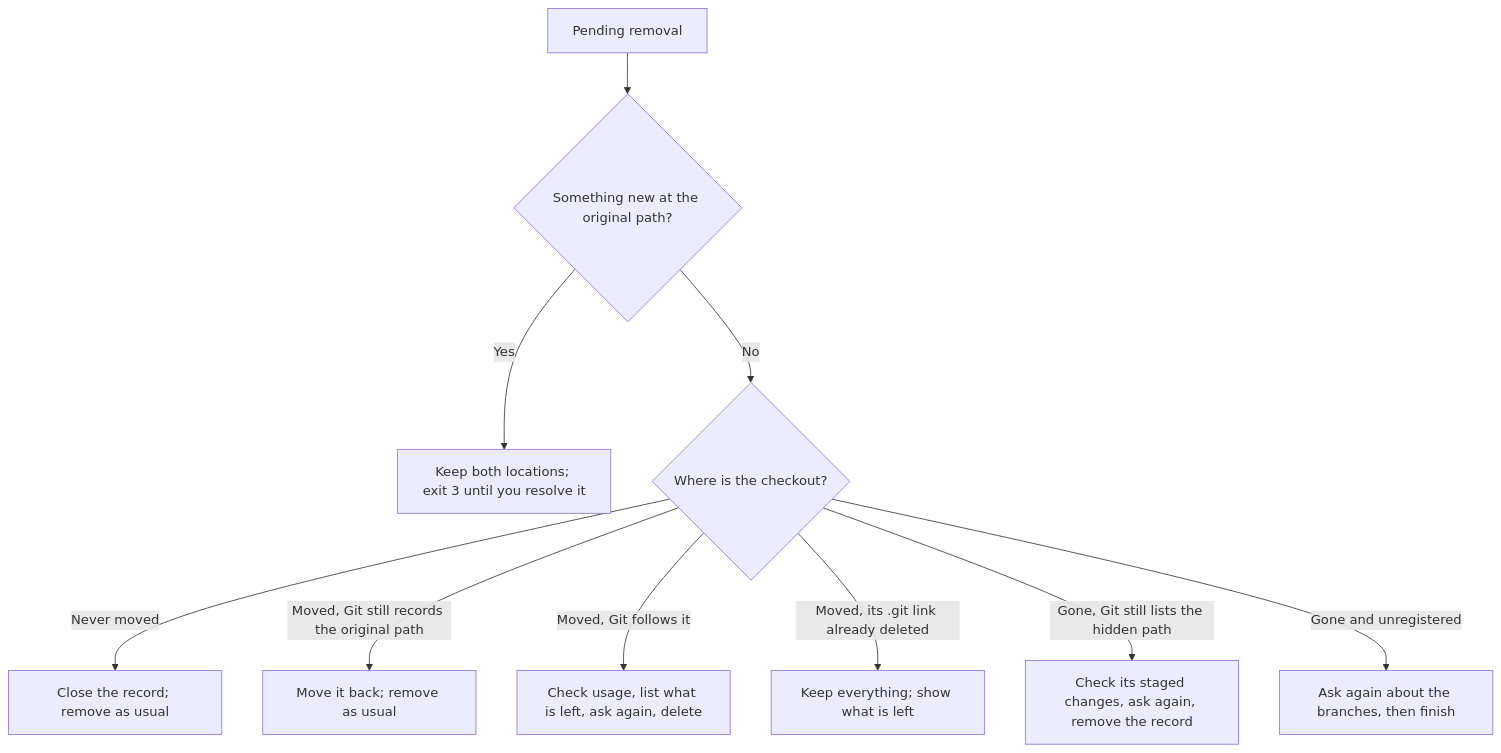
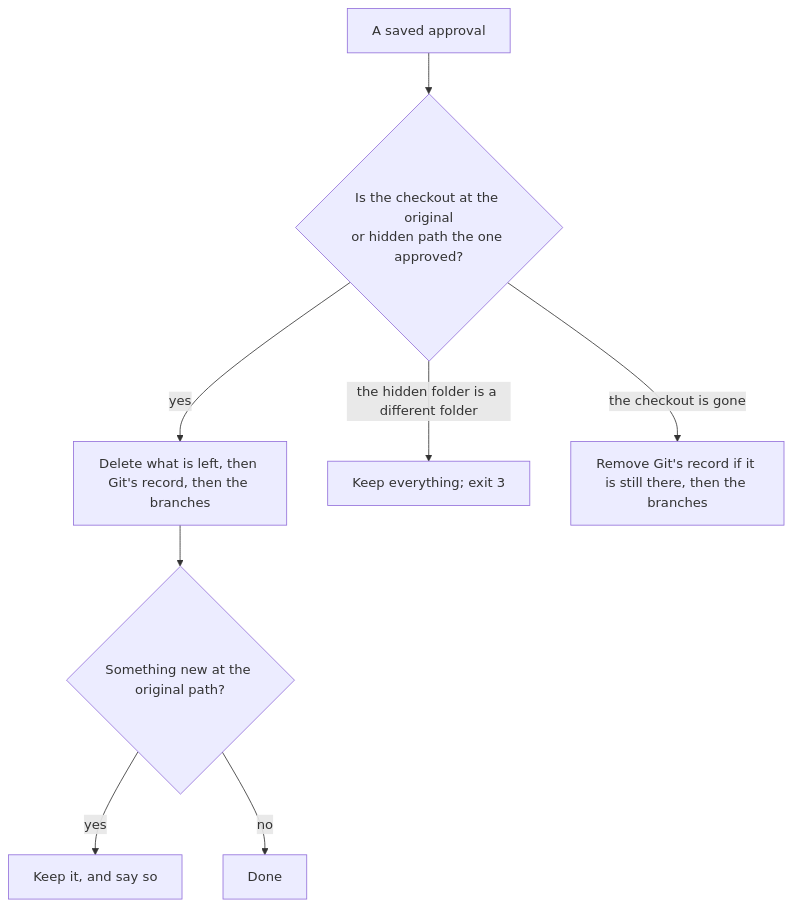
The third of 3 diagrams in worktree/docs/cli/remove.md (yankeeinlondon/rusty-biscuit), drawn with Mermaid before and after one commit. The commit also changed other lines of this file and 11 other files, not shown here.

````diff
--- a/worktree/docs/cli/remove.md
+++ b/worktree/docs/cli/remove.md
@@ -691,12 +265,10 @@
 ```mermaid
 flowchart TD
-    P[Pending removal] --> O{Something new at the original path?}
-    O -->|Yes| K[Keep both locations; exit 3 until you resolve it]
-    O -->|No| M{Where is the checkout?}
-    M -->|Never moved| N[Close the record; remove as usual]
-    M -->|Moved, Git still records the original path| B[Move it back; remove as usual]
-    M -->|Moved, Git follows it| Q[Check usage, list what is left, ask again, delete]
-    M -->|Moved, its .git link already deleted| X[Keep everything; show what is left]
-    M -->|Gone, Git still lists the hidden path| R[Check its staged changes, ask again, remove the record]
-    M -->|Gone and unregistered| BR[Ask again about the branches, then finish]
+  P[A saved approval] --> O{Is the checkout at the original<br/>or hidden path the one approved?}
+  O -- yes --> D[Delete what is left, then Git's record, then the branches]
+  O -- the hidden folder is a different folder --> K[Keep everything; exit 3]
+  O -- the checkout is gone --> R[Remove Git's record if it is still there, then the branches]
+  D --> N{Something new at the original path?}
+  N -- yes --> NK[Keep it, and say so]
+  N -- no --> F[Done]
 ```
````
